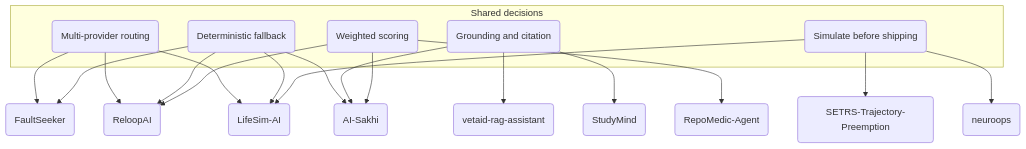
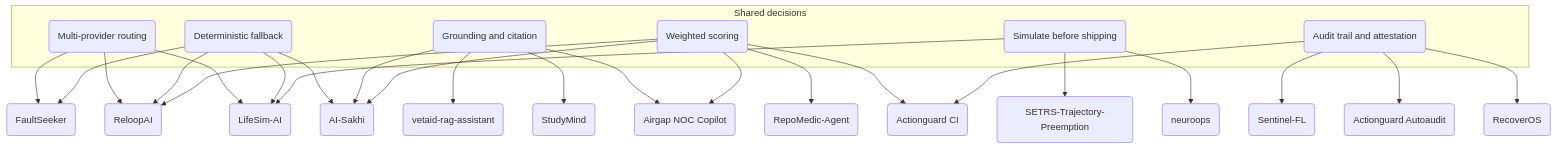
One commit to Tayab-Ahamed/Tayab-Ahamed changed diagram 18 of 18 in README.md. Above: the diagram before and after it, drawn with Mermaid. The commit also changed other lines of this file and 35 other files, not shown here.

First line of the commit message:
feat: update lab profile overview with 17 projects and new architecture

````diff
--- a/README.md
+++ b/README.md
@@ -577,24 +787,31 @@
 ```mermaid
 flowchart TB
     subgraph SHARED ["Shared decisions"]
         ROUTE("Multi-provider routing")
         FALL("Deterministic fallback")
         CITE("Grounding and citation")
         SCORE("Weighted scoring")
         SIM("Simulate before shipping")
+        ATTEST("Audit trail and attestation")
     end
     ROUTE --> FaultSeeker & ReloopAI & LifeSim
     FALL --> ReloopAI & LifeSim & AISakhi & FaultSeeker
-    CITE --> AISakhi & VetAid & StudyMind
-    SCORE --> ReloopAI & AISakhi & RepoMedic
+    CITE --> AISakhi & VetAid & StudyMind & Airgap
+    SCORE --> ReloopAI & AISakhi & RepoMedic & Airgap & ActionguardCI
     SIM --> SETRS & neuroops & LifeSim
+    ATTEST --> SentinelFL & ActionguardCI & Autoaudit & RecoverOS
     FaultSeeker("FaultSeeker")
     ReloopAI("ReloopAI")
     LifeSim("LifeSim-AI")
     AISakhi("AI-Sakhi")
     VetAid("vetaid-rag-assistant")
     StudyMind("StudyMind")
     RepoMedic("RepoMedic-Agent")
     SETRS("SETRS-Trajectory-Preemption")
     neuroops("neuroops")
+    SentinelFL("Sentinel-FL")
+    ActionguardCI("Actionguard CI")
+    Autoaudit("Actionguard Autoaudit")
+    Airgap("Airgap NOC Copilot")
+    RecoverOS("RecoverOS")
 ```
````
